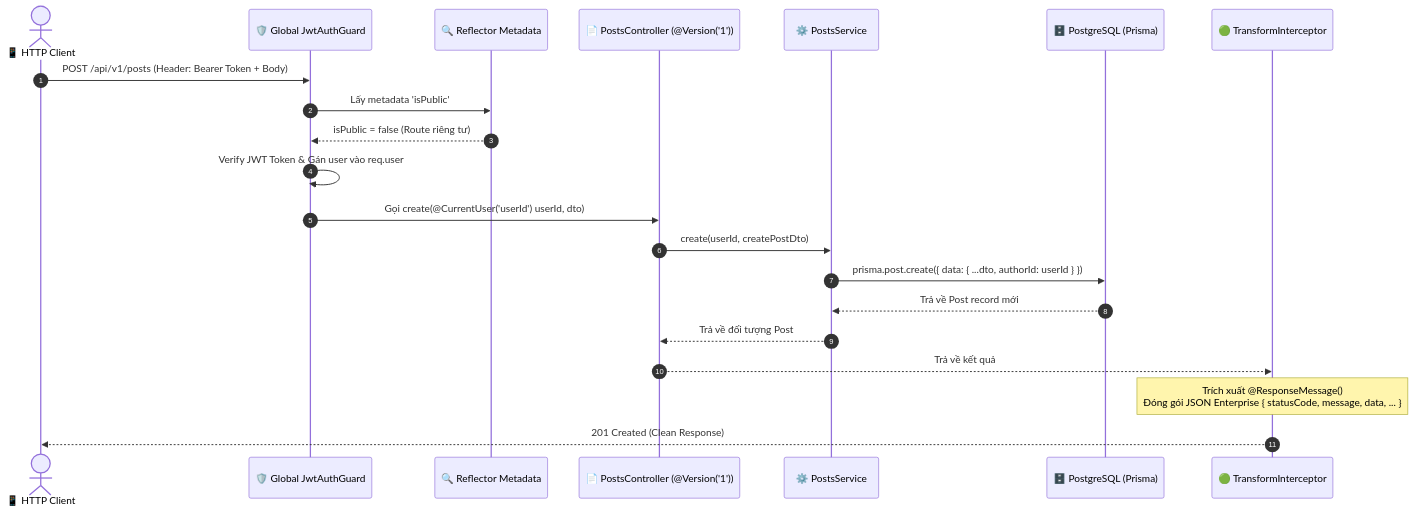
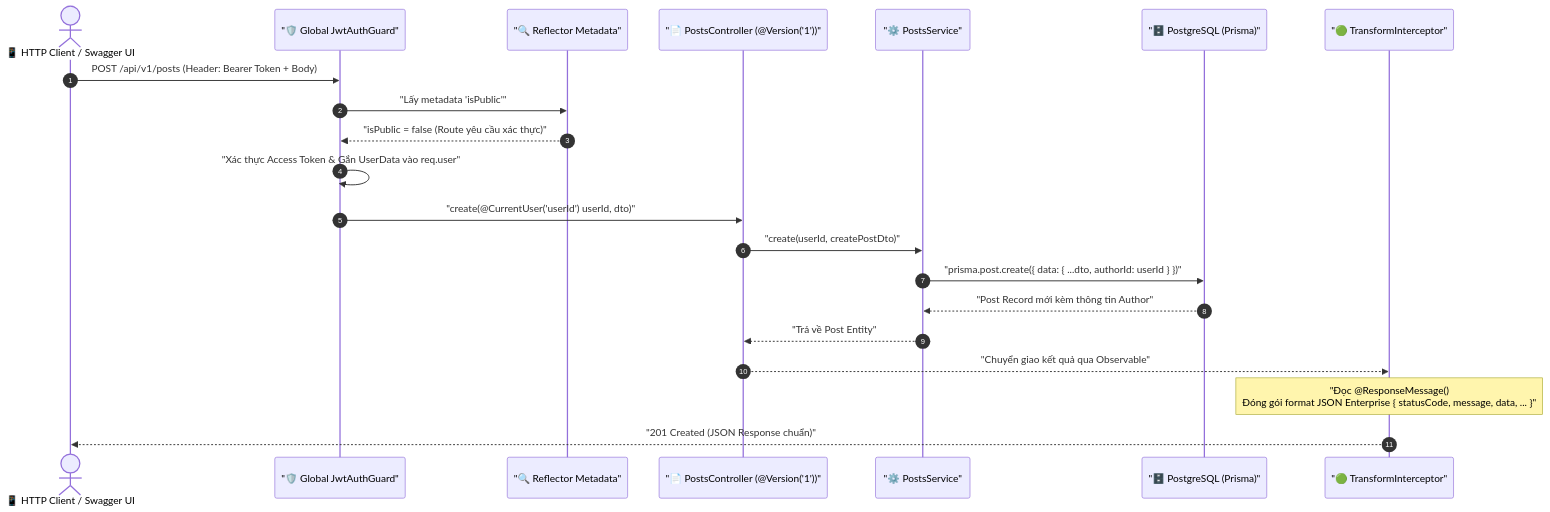
Before and after one commit to thanhmati/nestjs-basic-course: the first of 2 diagrams in docs/modules/module-05/lesson-5.2/lesson-5.2.md, drawn with Mermaid. The commit also changed other lines of this file and 3 other files, not shown here.

````diff
--- a/docs/modules/module-05/lesson-5.2/lesson-5.2.md
+++ b/docs/modules/module-05/lesson-5.2/lesson-5.2.md
@@ -76,25 +84,25 @@
 ```mermaid
 sequenceDiagram
     autonumber
-    actor Client as 📱 HTTP Client
-    participant Guard as 🛡️ Global JwtAuthGuard
-    participant Reflector as 🔍 Reflector Metadata
-    participant Controller as 📄 PostsController (@Version('1'))
-    participant Service as ⚙️ PostsService
-    participant DB as 🗄️ PostgreSQL (Prisma)
-    participant Interceptor as 🟢 TransformInterceptor
+    actor Client as 📱 HTTP Client / Swagger UI
+    participant Guard as "🛡️ Global JwtAuthGuard"
+    participant Reflector as "🔍 Reflector Metadata"
+    participant Controller as "📄 PostsController (@Version('1'))"
+    participant Service as "⚙️ PostsService"
+    participant DB as "🗄️ PostgreSQL (Prisma)"
+    participant Interceptor as "🟢 TransformInterceptor"
 
     Client->>Guard: POST /api/v1/posts (Header: Bearer Token + Body)
-    Guard->>Reflector: Lấy metadata 'isPublic'
-    Reflector-->>Guard: isPublic = false (Route riêng tư)
-    Guard->>Guard: Verify JWT Token & Gán user vào req.user
+    Guard->>Reflector: "Lấy metadata 'isPublic'"
+    Reflector-->>Guard: "isPublic = false (Route yêu cầu xác thực)"
+    Guard->>Guard: "Xác thực Access Token & Gắn UserData vào req.user"
 
-    Guard->>Controller: Gọi create(@CurrentUser('userId') userId, dto)
-    Controller->>Service: create(userId, createPostDto)
-    Service->>DB: prisma.post.create({ data: { ...dto, authorId: userId } })
-    DB-->>Service: Trả về Post record mới
-    Service-->>Controller: Trả về đối tượng Post
-    Controller-->>Interceptor: Trả về kết quả
-    Note over Interceptor: Trích xuất @ResponseMessage()<br/>Đóng gói JSON Enterprise { statusCode, message, data, ... }
-    Interceptor-->>Client: 201 Created (Clean Response)
+    Guard->>Controller: "create(@CurrentUser('userId') userId, dto)"
+    Controller->>Service: "create(userId, createPostDto)"
+    Service->>DB: "prisma.post.create({ data: { ...dto, authorId: userId } })"
+    DB-->>Service: "Post Record mới kèm thông tin Author"
+    Service-->>Controller: "Trả về Post Entity"
+    Controller-->>Interceptor: "Chuyển giao kết quả qua Observable"
+    Note over Interceptor: "Đọc @ResponseMessage()<br/>Đóng gói format JSON Enterprise { statusCode, message, data, ... }"
+    Interceptor-->>Client: "201 Created (JSON Response chuẩn)"
 ```
````
